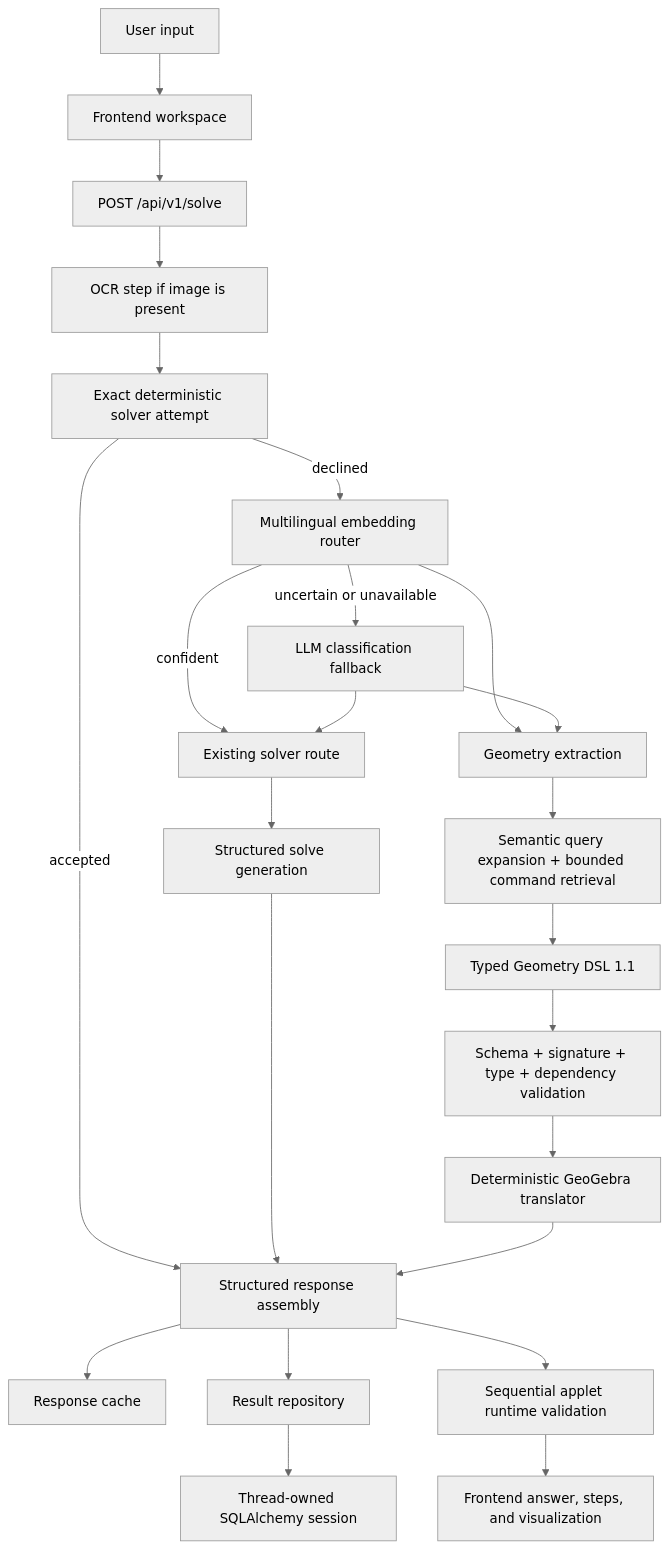
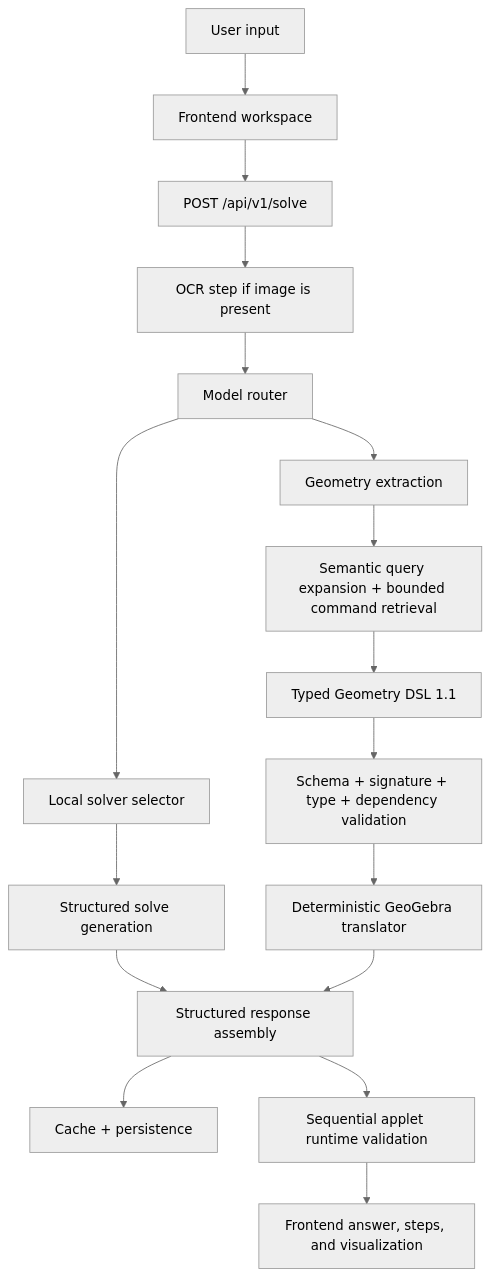
The diagram in docs/ARCHITECTURE.md (adamtcprods/intomath), drawn with Mermaid (neutral theme) before and after one commit. The commit also changed other lines of this file and 86 other files, not shown here.

````diff
--- a/docs/ARCHITECTURE.md
+++ b/docs/ARCHITECTURE.md
@@ -17,26 +17,19 @@
 ```mermaid
 flowchart TD
     A[User input] --> B[Frontend workspace]
     B --> C[POST /api/v1/solve]
     C --> D[OCR step if image is present]
-    D --> X[Exact deterministic solver attempt]
-    X -->|accepted| J
-    X -->|declined| E[Multilingual embedding router]
-    E -->|uncertain or unavailable| M[LLM classification fallback]
-    E -->|confident| L[Existing solver route]
-    M --> L
+    D --> E[Model router]
+    E --> L[Local solver selector]
     L --> F[Structured solve generation]
     E --> G[Geometry extraction]
-    M --> G
     G --> H[Semantic query expansion + bounded command retrieval]
     H --> I[Typed Geometry DSL 1.1]
     I --> V[Schema + signature + type + dependency validation]
     V --> T[Deterministic GeoGebra translator]
     F --> J[Structured response assembly]
     T --> J
-    J --> K[Response cache]
-    J --> P[Result repository]
-    P --> Q[Thread-owned SQLAlchemy session]
+    J --> K[Cache + persistence]
     J --> R[Sequential applet runtime validation]
     R --> U[Frontend answer, steps, and visualization]
 ```
````
